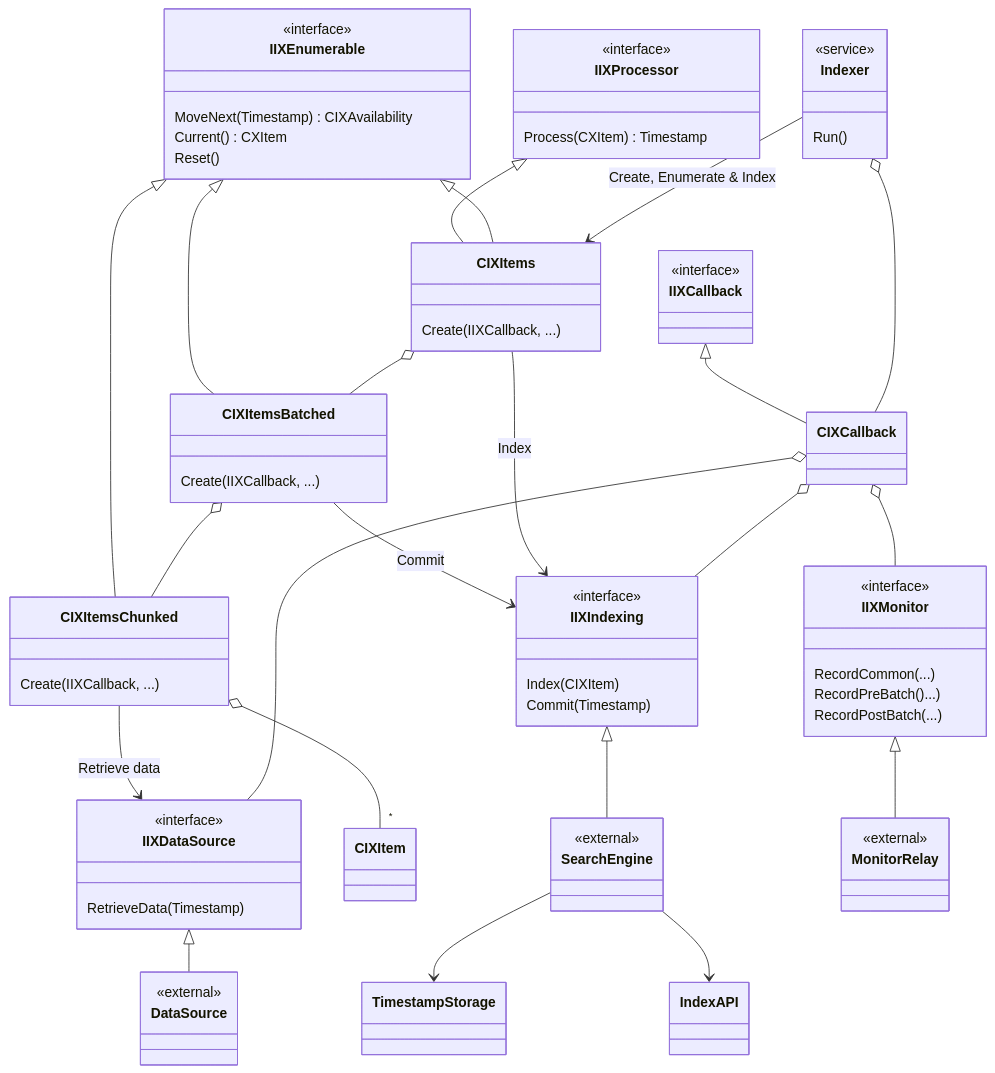
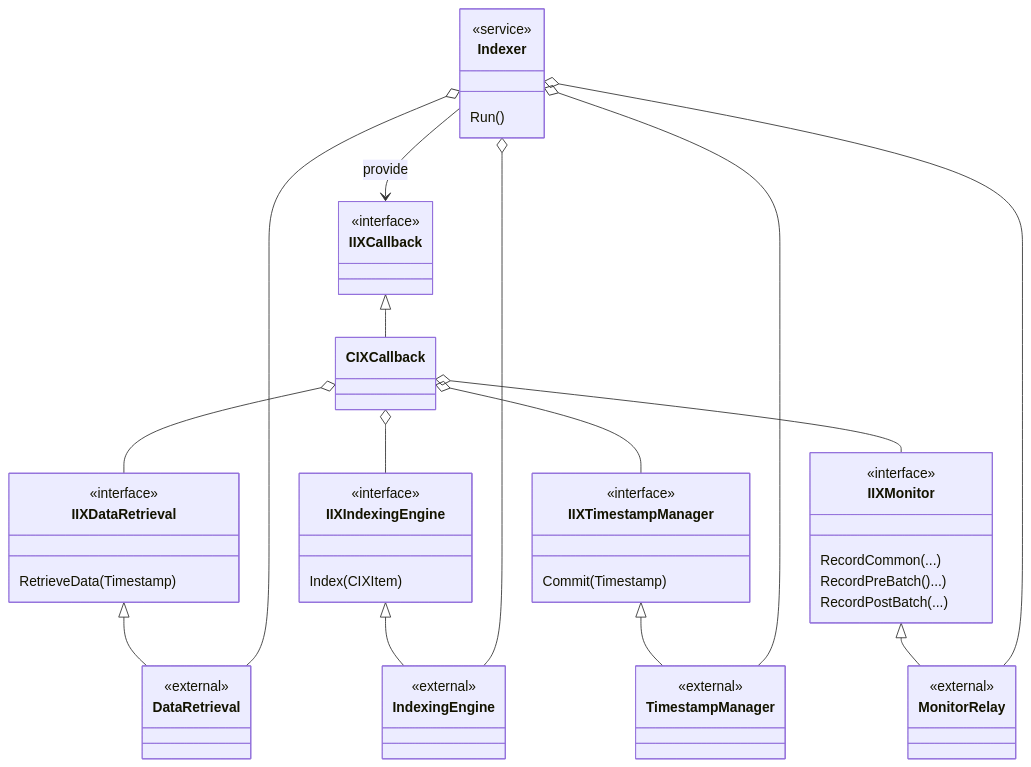
One commit to lightcaurby/Code-IXSample changed the first of 3 diagrams in README.md. Above: the diagram before and after it, drawn with Mermaid. The commit also changed other lines of this file and 1 other file, not shown here.

Commit message:
Refactored.

````diff
--- a/README.md
+++ b/README.md
@@ -1,82 +1,54 @@
 ```mermaid
 classDiagram
-
-class IIXEnumerable
-<<interface>> IIXEnumerable
-IIXEnumerable : MoveNext( Timestamp ) CIXAvailability
-IIXEnumerable : Current() CXItem
-IIXEnumerable : Reset()
-
-class IIXProcessor
-<<interface>> IIXProcessor
-IIXProcessor : Process( CXItem) Timestamp
-
-class IIXDataSource
-<<interface>> IIXDataSource
-IIXDataSource : RetrieveData(Timestamp) 
 
 class IIXCallback
 <<interface>> IIXCallback
 
-IIXProcessor <|-- CIXItems
-IIXEnumerable <|-- CIXItems
-IIXEnumerable <|-- CIXItemsBatched
-IIXEnumerable <|-- CIXItemsChunked
+class IIXTimestampManager
+<<interface>> IIXTimestampManager
+IIXTimestampManager : Commit(Timestamp)
+class TimestampManager
+<<external>> TimestampManager
+IIXTimestampManager <|-- TimestampManager
 
-CIXItems o-- CIXItemsBatched
-CIXItemsBatched o-- CIXItemsChunked
-CIXItemsChunked o-- "*" CIXItem
+class IIXIndexingEngine 
+<<interface>> IIXIndexingEngine
+IIXIndexingEngine : Index(CIXItem)
+class IndexingEngine
+<<external>> IndexingEngine
+IIXIndexingEngine <|-- IndexingEngine
 
-CIXItems : Create( IIXCallback, ...)
-CIXItemsBatched : Create( IIXCallback, ...)
-CIXItemsChunked : Create( IIXCallback, ...)
-
-class DataSource
-<<external>> DataSource
-IIXDataSource <|-- DataSource
-
-
-class IIXIndexing 
-<<interface>> IIXIndexing
-IIXIndexing : Index(CIXItem)
-IIXIndexing : Commit(Timestamp)
-
-class SearchEngine
-<<external>> SearchEngine
-IIXIndexing <|-- SearchEngine
-
-SearchEngine --> TimestampStorage
-SearchEngine --> Index API
+class IIXDataRetrieval
+<<interface>> IIXDataRetrieval
+IIXDataRetrieval : RetrieveData(Timestamp) 
+class DataRetrieval
+<<external>> DataRetrieval
+IIXDataRetrieval <|-- DataRetrieval
 
 class IIXMonitor
 <<interface>> IIXMonitor
 IIXMonitor : RecordCommon(...)
 IIXMonitor : RecordPreBatch()...)
 IIXMonitor : RecordPostBatch(...)
-
 class MonitorRelay
 <<external>> MonitorRelay
 IIXMonitor <|-- MonitorRelay
 
-CIXItemsChunked --> IIXDataSource : Retrieve data
-CIXItemsBatched --> IIXIndexing : Commit
-CIXItems --> IIXIndexing : Index
-
 IIXCallback <|-- CIXCallback
-CIXCallback o-- IIXDataSource
-CIXCallback o-- IIXIndexing
+CIXCallback o-- IIXDataRetrieval
+CIXCallback o-- IIXIndexingEngine
+CIXCallback o-- IIXTimestampManager
 CIXCallback o-- IIXMonitor
-
-%%CIXItems o-- IIXCallback
-%%CIXItemsBatched o-- IIXCallback
-%%CIXItemsChunked o-- IIXCallback
 
 class Indexer
 <<service>> Indexer
 
-Indexer --> CIXItems : Create, Enumerate & Index
 Indexer : Run()
-Indexer o-- CIXCallback
+Indexer --> IIXCallback : provide
+Indexer o-- DataRetrieval
+Indexer o-- MonitorRelay
+Indexer o-- IndexingEngine
+Indexer o-- TimestampManager
 
 
 ```
````
